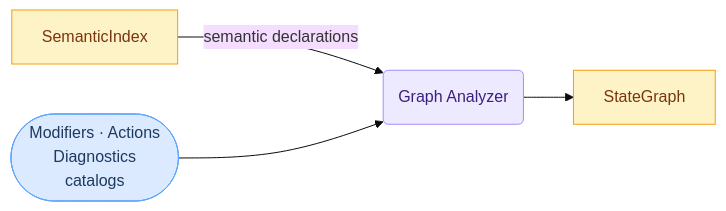
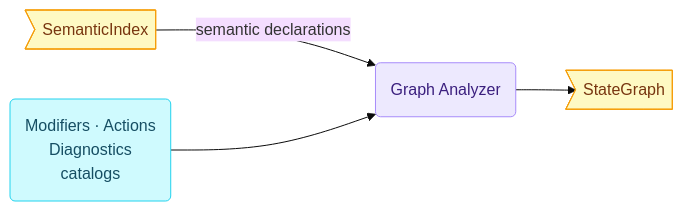
One commit to sfalik/Precept changed the fifth of 9 diagrams in docs/compiler-and-runtime-design.md. Above: the diagram before and after it, drawn with Mermaid (base theme). The commit also changed other lines of this file and 1 other file, not shown here.

First line of the commit message:
docs: refine pipeline diagram and narrative in compiler-and-runtime-design.md

````diff
--- a/docs/compiler-and-runtime-design.md
+++ b/docs/compiler-and-runtime-design.md
@@ -444,15 +557,16 @@
 ```mermaid
 flowchart LR
-    classDef input fill:#dbeafe,stroke:#60a5fa,color:#1e3a5f
-    classDef stage fill:#ede9fe,stroke:#a78bfa,color:#3b1f7e
-    classDef artifact fill:#fef3c7,stroke:#f59e0b,color:#78350f
+    classDef input   fill:#dbeafe,stroke:#60a5fa,color:#1e3a5f
+    classDef catalog fill:#cffafe,stroke:#22d3ee,color:#164e63
+    classDef stage   fill:#ede9fe,stroke:#a78bfa,color:#3b1f7e
+    classDef out     fill:#fef9c3,stroke:#f59e0b,color:#78350f
 
-    TM[SemanticIndex]:::artifact
-    CAT(["Modifiers · Actions<br/>Diagnostics<br/>catalogs"]):::input
+    TM>"SemanticIndex"]:::out
+    CAT("Modifiers · Actions<br/>Diagnostics<br/>catalogs"):::catalog
     GA(Graph Analyzer):::stage
-    OUT[StateGraph]:::artifact
+    OUT>"StateGraph"]:::out
 
     TM -->|"semantic declarations"| GA
     CAT --> GA
     GA --> OUT
 ```
````
